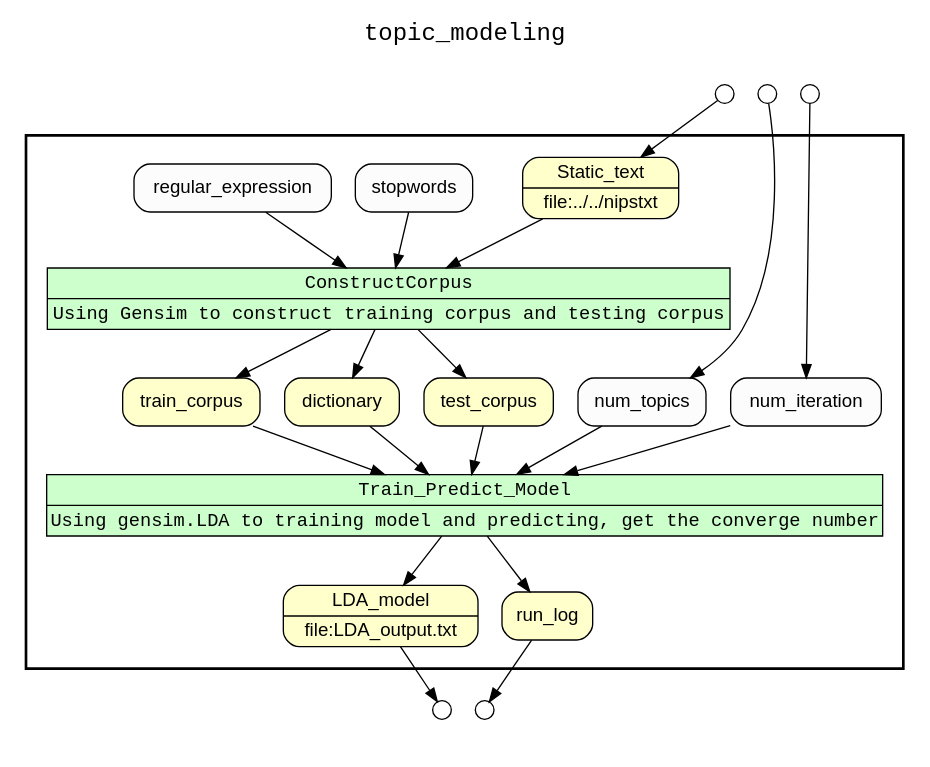
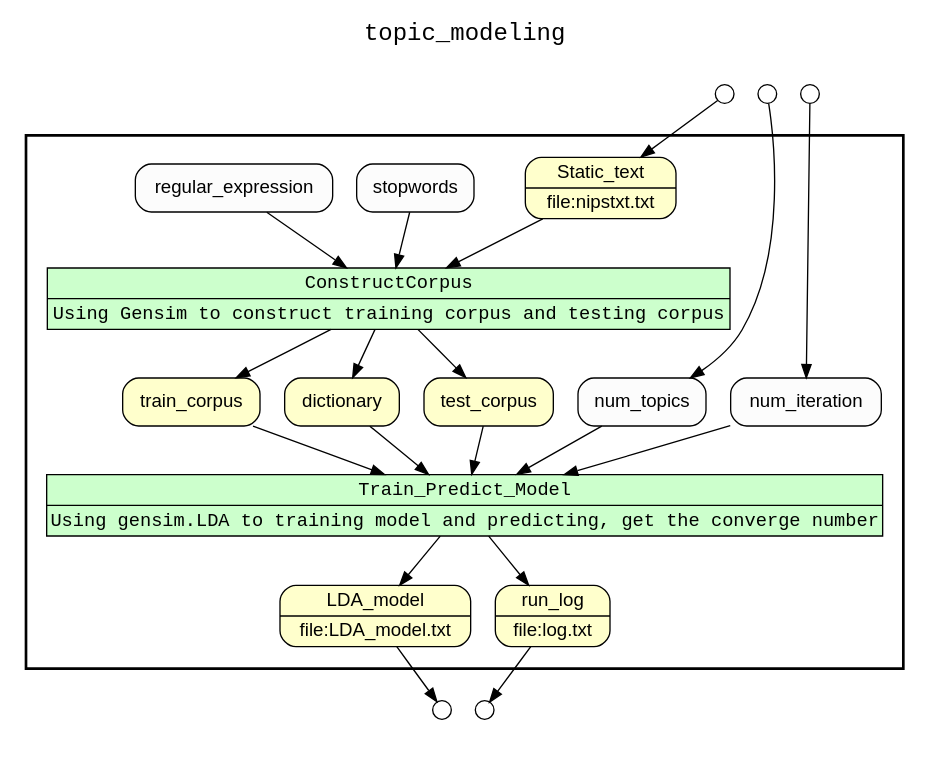
Before and after one commit to LanLi2017/yw-text-mining: the diagram in text_mining/topic_modeling/results/complete_wf_graph_uri.gv, drawn with Graphviz. The commit also changed 30 other files, not shown here.

```diff
--- a/text_mining/topic_modeling/results/complete_wf_graph_uri.gv
+++ b/text_mining/topic_modeling/results/complete_wf_graph_uri.gv
@@ -1,53 +1,53 @@
 digraph Workflow {
 rankdir=TB
 fontname=Courier; fontsize=18; labelloc=t
 label=topic_modeling
 subgraph cluster_workflow_box_outer { label=""; color=black; penwidth=2
 subgraph cluster_workflow_box_inner { label=""; color=white
 node[shape=box style=filled fillcolor="#CCFFCC" peripheries=1 fontname=Courier]
 node[shape=box style=filled fillcolor="#CCFFCC" peripheries=2 fontname=Courier]
 ConstructCorpus [shape=record rankdir=LR label="{<f0> ConstructCorpus |<f1> Using Gensim to construct training corpus and testing corpus}"];
 Train_Predict_Model [shape=record rankdir=LR label="{<f0> Train_Predict_Model |<f1> Using gensim.LDA to training model and predicting, get the converge number}"];
 node[shape=box style="rounded,filled" fillcolor="#FFFFCC" peripheries=1 fontname=Helvetica]
-LDA_model [shape=record rankdir=LR label="{<f0> LDA_model |<f1> file\:LDA_output.txt}"];
-run_log
-Static_text [shape=record rankdir=LR label="{<f0> Static_text |<f1> file\:../../nipstxt}"];
+LDA_model [shape=record rankdir=LR label="{<f0> LDA_model |<f1> file\:LDA_model.txt}"];
+run_log [shape=record rankdir=LR label="{<f0> run_log |<f1> file\:log.txt}"];
+Static_text [shape=record rankdir=LR label="{<f0> Static_text |<f1> file\:nipstxt.txt}"];
 train_corpus
 dictionary
 test_corpus
 node[shape=box style="rounded,filled" fillcolor="#FCFCFC" peripheries=1 fontname=Helvetica]
 num_iteration
 num_topics
 ConstructCorpus -> dictionary
 ConstructCorpus -> train_corpus
 ConstructCorpus -> test_corpus
 Static_text -> ConstructCorpus
 stopwords -> ConstructCorpus
 regular_expression -> ConstructCorpus
 Train_Predict_Model -> LDA_model
 Train_Predict_Model -> run_log
 train_corpus -> Train_Predict_Model
 dictionary -> Train_Predict_Model
 test_corpus -> Train_Predict_Model
 num_iteration -> Train_Predict_Model
 num_topics -> Train_Predict_Model
 }}
 subgraph cluster_input_ports_group_outer { label=""; color=white
 subgraph cluster_input_ports_group_inner { label=""; color=white
 node[shape=circle style="rounded,filled" fillcolor="#FFFFFF" peripheries=1 fontname=Helvetica width=0.2]
 Static_text_input_port [label=""]
 num_topics_input_port [label=""]
 num_iteration_input_port [label=""]
 }}
 subgraph cluster_output_ports_group_outer { label=""; color=white
 subgraph cluster_output_ports_group_inner { label=""; color=white
 node[shape=circle style="rounded,filled" fillcolor="#FFFFFF" peripheries=1 fontname=Helvetica width=0.2]
 LDA_model_output_port [label=""]
 run_log_output_port [label=""]
 }}
 Static_text_input_port -> Static_text
 num_topics_input_port -> num_topics
 num_iteration_input_port -> num_iteration
 LDA_model -> LDA_model_output_port
 run_log -> run_log_output_port
 }
```
